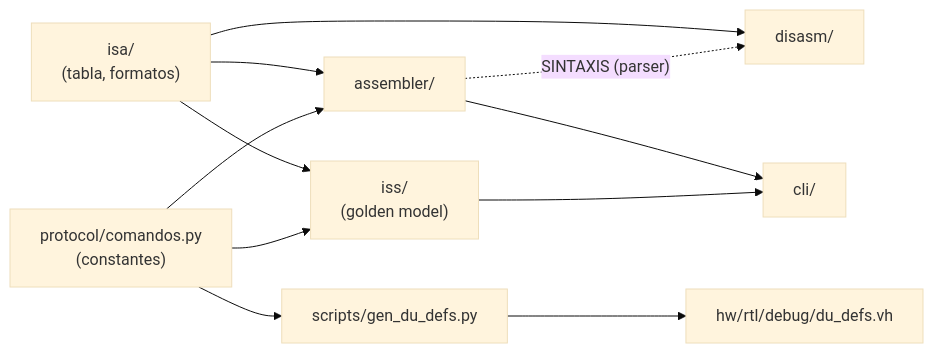
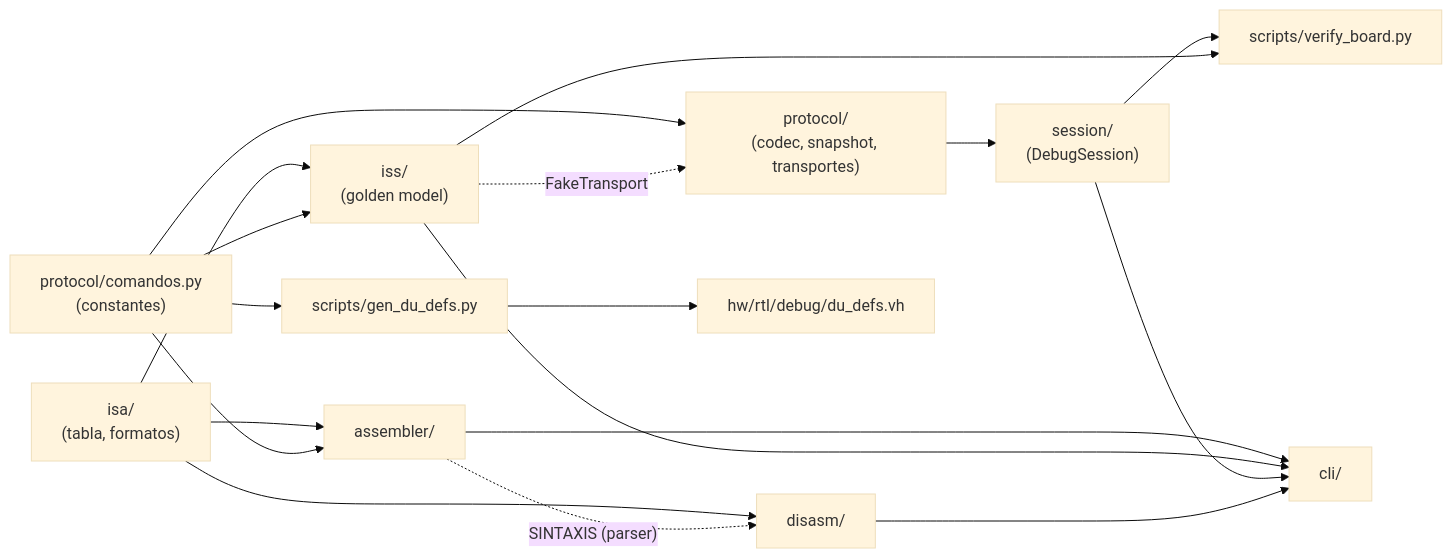
One commit to nicopinera/tps-arqui changed the diagram in docs/guias/guia-riscv-toolkit.md. Above: the diagram before and after it, drawn with Mermaid (base theme). The commit also changed other lines of this file, not shown here.

Commit message:
Actualiza la guía del `riscv_toolkit` para reflejar los cambios en el estado y la funcionalidad de `session/` y `dbg`, incluyendo detalles sobre la nueva CLI y el script `verify_board.py`.

````diff
--- a/docs/guias/guia-riscv-toolkit.md
+++ b/docs/guias/guia-riscv-toolkit.md
@@ -100,21 +110,31 @@
 ```mermaid
 flowchart LR
     protocol["protocol/comandos.py<br/>(constantes)"]
     isa["isa/<br/>(tabla, formatos)"]
     asm["assembler/"]
     dis["disasm/"]
     iss["iss/<br/>(golden model)"]
     cli["cli/"]
+    proto["protocol/<br/>(codec, snapshot, transportes)"]
+    ses["session/<br/>(DebugSession)"]
+    vb["scripts/verify_board.py"]
     gen["scripts/gen_du_defs.py"]
     vh["hw/rtl/debug/du_defs.vh"]
 
     isa --> asm
     protocol --> asm
     isa --> dis
     asm -. "SINTAXIS (parser)" .-> dis
     isa --> iss
     protocol --> iss
     asm --> cli
     iss --> cli
+    protocol --> proto
+    iss -. "FakeTransport" .-> proto
+    proto --> ses
+    ses --> cli
+    dis --> cli
+    ses --> vb
+    iss --> vb
     protocol --> gen --> vh
 ```
````
